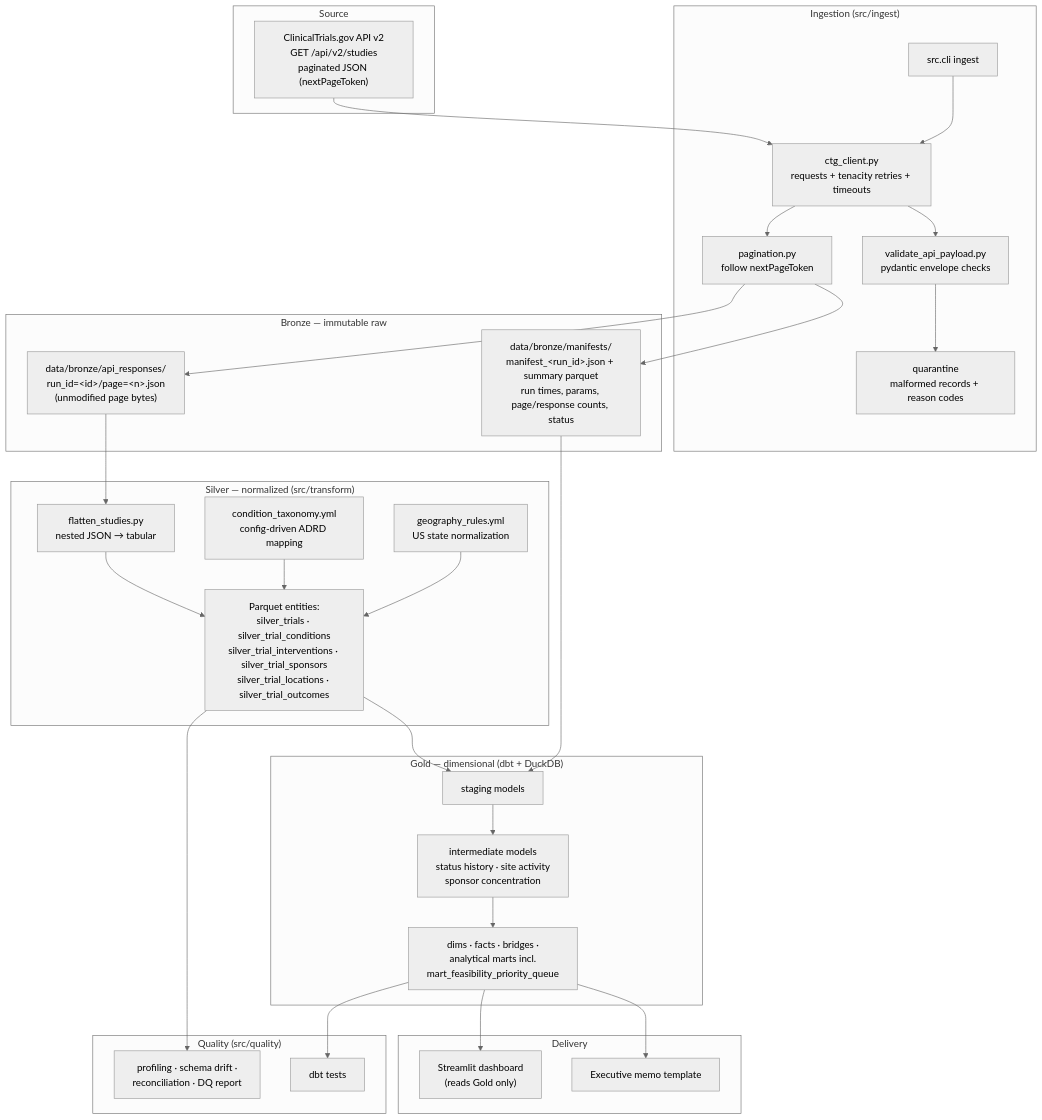
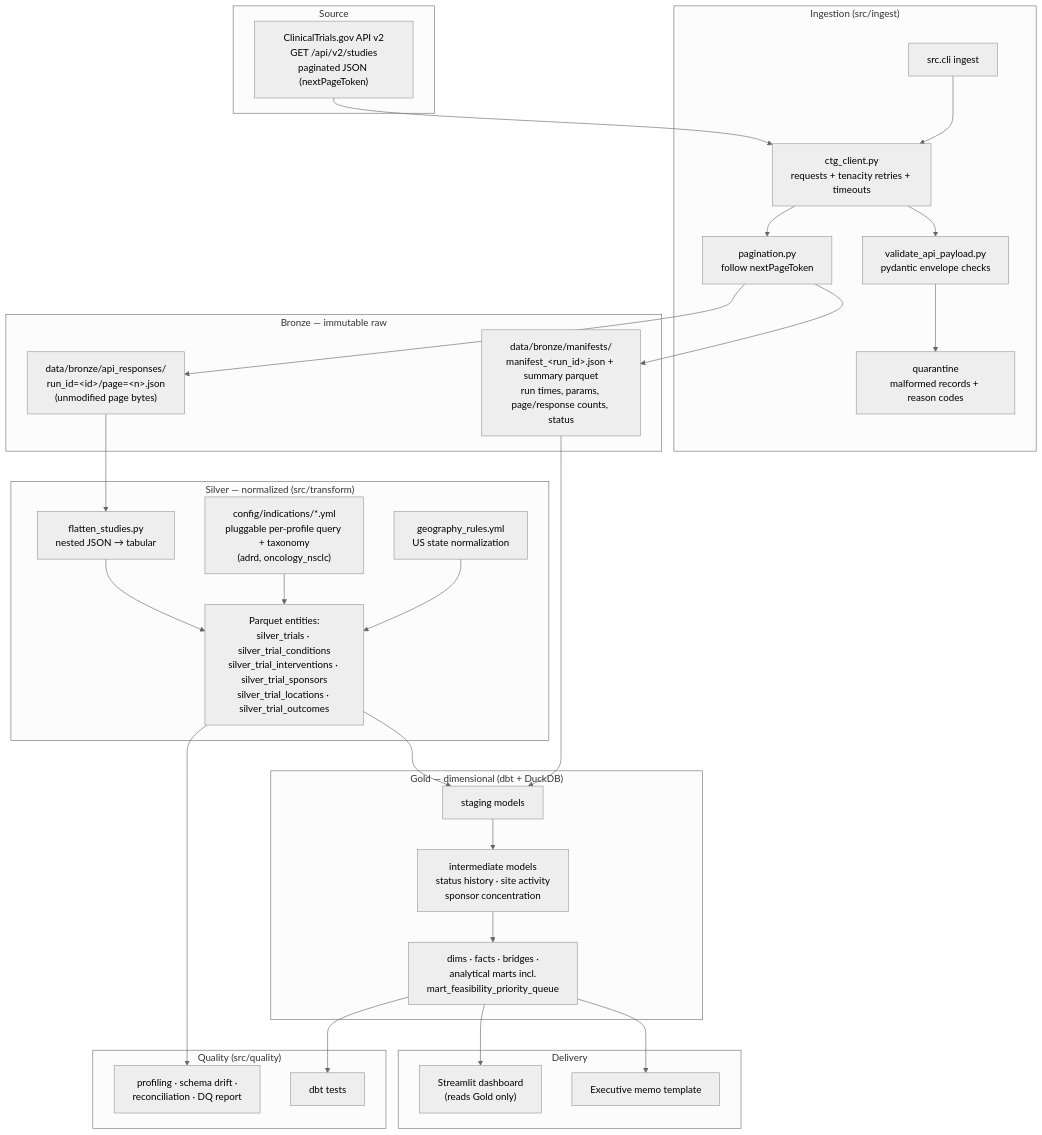
The first of 2 diagrams in docs/architecture.md (ne1cc/clinical-trial-intelligence), drawn with Mermaid (neutral theme) before and after one commit. The commit also changed other lines of this file and 29 other files, not shown here.

````diff
--- a/docs/architecture.md
+++ b/docs/architecture.md
@@ -10,56 +10,56 @@
 ```mermaid
 flowchart TB
     subgraph SRC["Source"]
         CTG["ClinicalTrials.gov API v2<br/>GET /api/v2/studies<br/>paginated JSON (nextPageToken)"]
     end
 
     subgraph ING["Ingestion (src/ingest)"]
         CLI["src.cli ingest"]
         CLIENT["ctg_client.py<br/>requests + tenacity retries + timeouts"]
         PAGES["pagination.py<br/>follow nextPageToken"]
         VAL["validate_api_payload.py<br/>pydantic envelope checks"]
         QUAR["quarantine<br/>malformed records + reason codes"]
     end
 
     subgraph BRONZE["Bronze — immutable raw"]
         RAWJSON["data/bronze/api_responses/<br/>run_id=&lt;id&gt;/page=&lt;n&gt;.json<br/>(unmodified page bytes)"]
         MANIFEST["data/bronze/manifests/<br/>manifest_&lt;run_id&gt;.json + summary parquet<br/>run times, params, page/response counts, status"]
     end
 
     subgraph SILVER["Silver — normalized (src/transform)"]
         FLAT["flatten_studies.py<br/>nested JSON → tabular"]
         ENTITIES["Parquet entities:<br/>silver_trials · silver_trial_conditions<br/>silver_trial_interventions · silver_trial_sponsors<br/>silver_trial_locations · silver_trial_outcomes"]
-        TAX["condition_taxonomy.yml<br/>config-driven ADRD mapping"]
+        TAX["config/indications/*.yml<br/>pluggable per-profile query + taxonomy<br/>(adrd, oncology_nsclc)"]
         GEO["geography_rules.yml<br/>US state normalization"]
     end
 
     subgraph GOLD["Gold — dimensional (dbt + DuckDB)"]
         STG["staging models"]
         INT["intermediate models<br/>status history · site activity<br/>sponsor concentration"]
         MARTS["dims · facts · bridges ·<br/>analytical marts incl.<br/>mart_feasibility_priority_queue"]
     end
 
     subgraph QA["Quality (src/quality)"]
         PROF["profiling · schema drift ·<br/>reconciliation · DQ report"]
         DBTTEST["dbt tests"]
     end
 
     subgraph OUT["Delivery"]
         APP["Streamlit dashboard<br/>(reads Gold only)"]
         MEMODOC["Executive memo template"]
     end
 
     CTG --> CLIENT
     CLI --> CLIENT --> PAGES --> RAWJSON
     PAGES --> MANIFEST
     CLIENT --> VAL --> QUAR
     RAWJSON --> FLAT --> ENTITIES
     TAX --> ENTITIES
     GEO --> ENTITIES
     ENTITIES --> STG --> INT --> MARTS
     MANIFEST --> STG
     ENTITIES --> PROF
     MARTS --> DBTTEST
     MARTS --> APP
     MARTS --> MEMODOC
 ```
````
